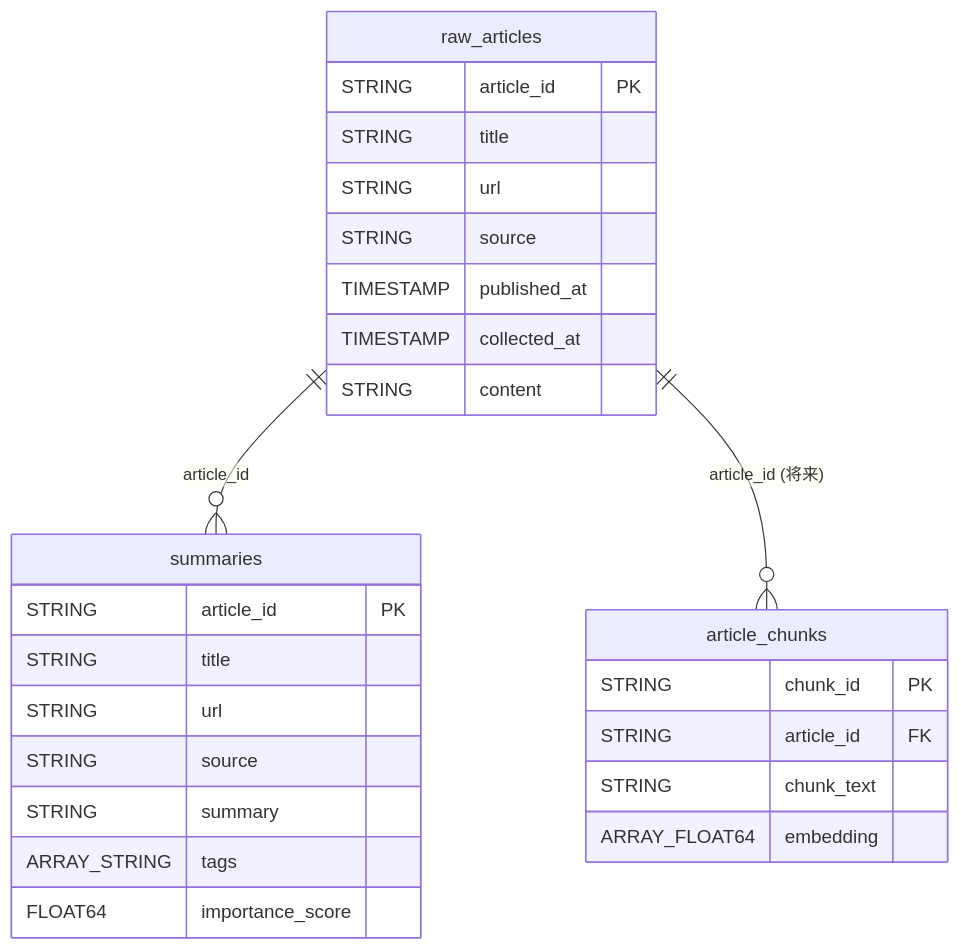
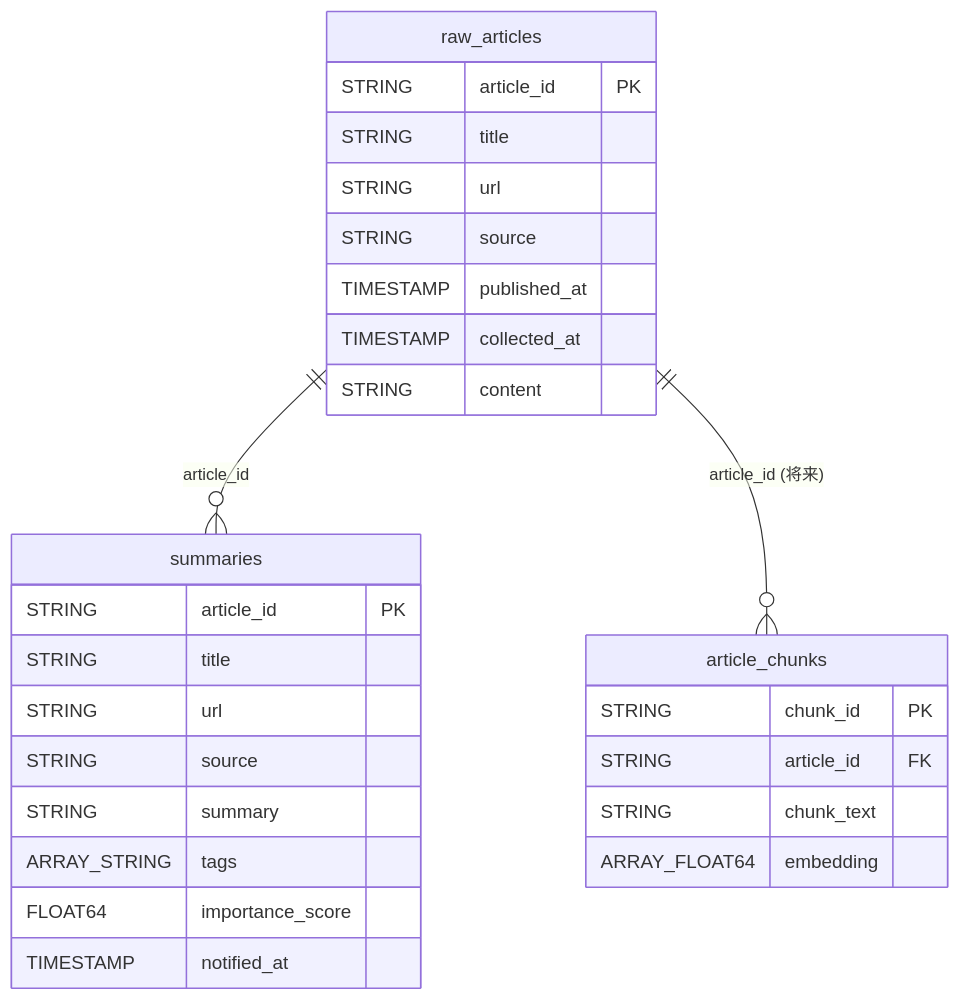
Before and after one commit to mishi5/data-platform-handson: the fourth of 6 diagrams in docs/news-pipeline-architecture.md, drawn with Mermaid. The commit also changed other lines of this file and 2 other files, not shown here.

````diff
--- a/docs/news-pipeline-architecture.md
+++ b/docs/news-pipeline-architecture.md
@@ -103,32 +103,33 @@
 ```mermaid
 erDiagram
     raw_articles {
         STRING article_id PK
         STRING title
         STRING url
         STRING source
         TIMESTAMP published_at
         TIMESTAMP collected_at
         STRING content
     }
 
     summaries {
         STRING article_id PK
         STRING title
         STRING url
         STRING source
         STRING summary
         ARRAY_STRING tags
         FLOAT64 importance_score
+        TIMESTAMP notified_at
     }
 
     article_chunks {
         STRING chunk_id PK
         STRING article_id FK
         STRING chunk_text
         ARRAY_FLOAT64 embedding
     }
 
     raw_articles ||--o{ summaries : "article_id"
     raw_articles ||--o{ article_chunks : "article_id (将来)"
 ```
````
